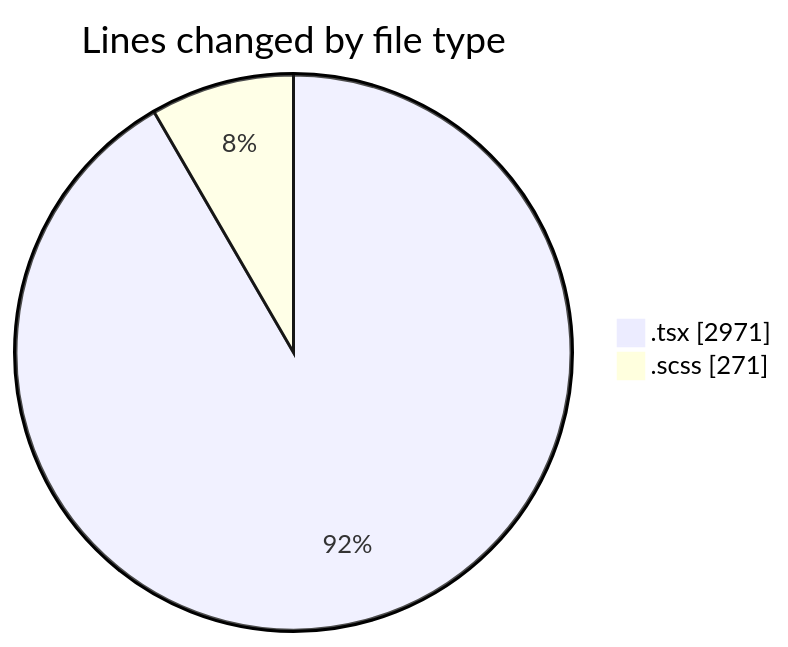
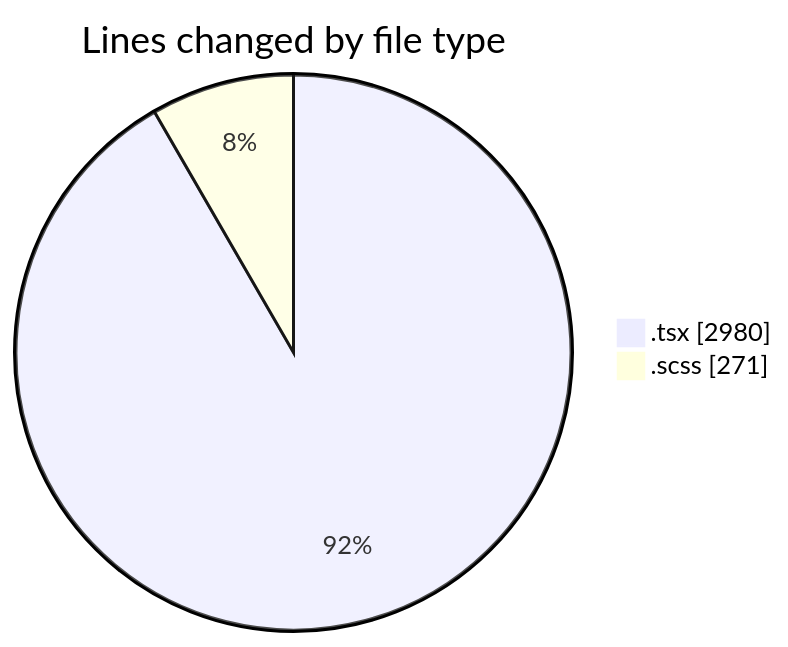
Before and after one commit to momahboobian/code-tracking: the first of 2 diagrams in 2025-11-18/cda/README.md, drawn with Mermaid. The commit also changed other lines of this file and 1 other file, not shown here.

````diff
--- a/2025-11-18/cda/README.md
+++ b/2025-11-18/cda/README.md
@@ -25,6 +25,6 @@
 ```mermaid
 pie showData
 title Lines changed by file type
-".tsx" : 2971
+".tsx" : 2980
 ".scss" : 271
 ```
````
